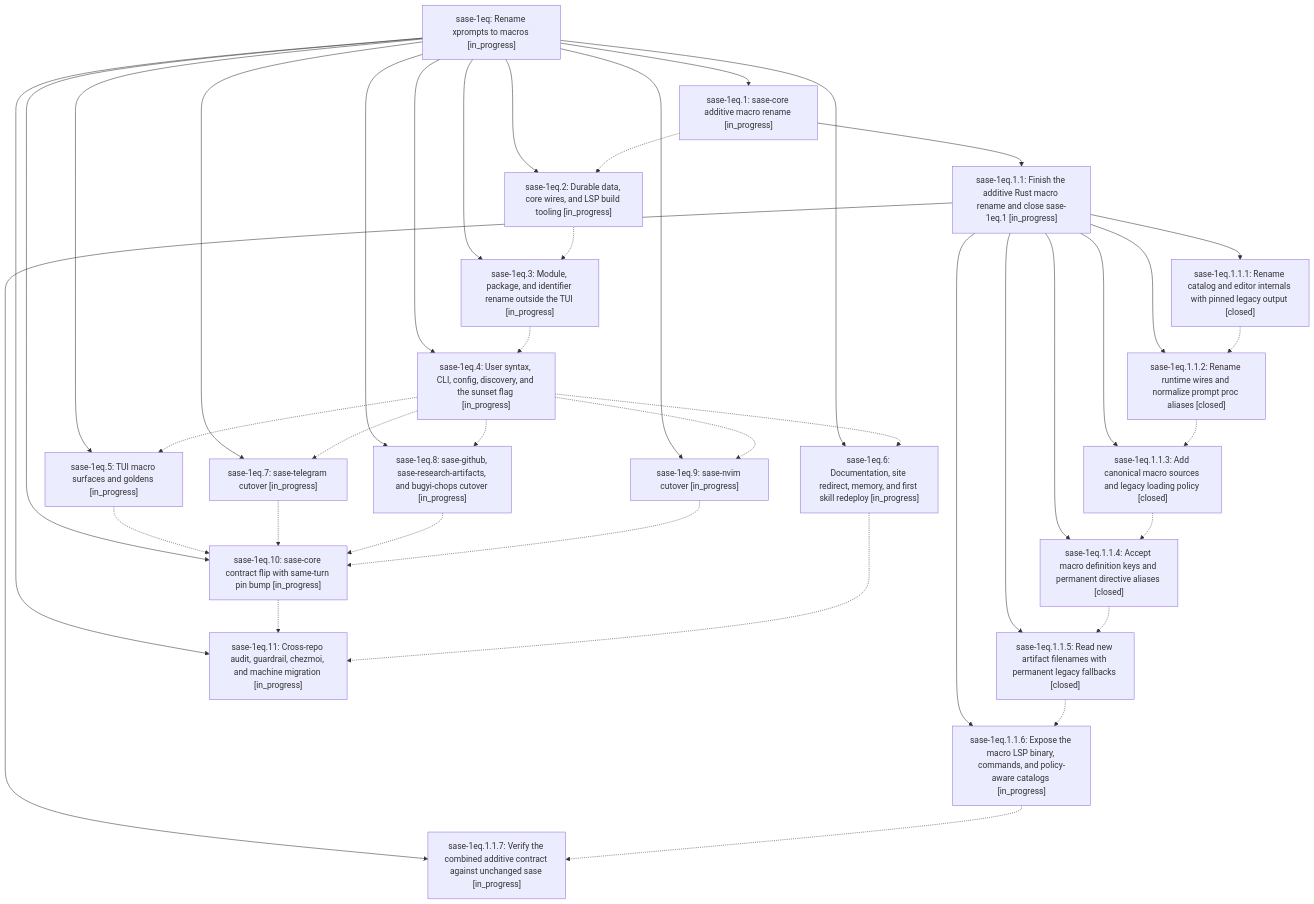
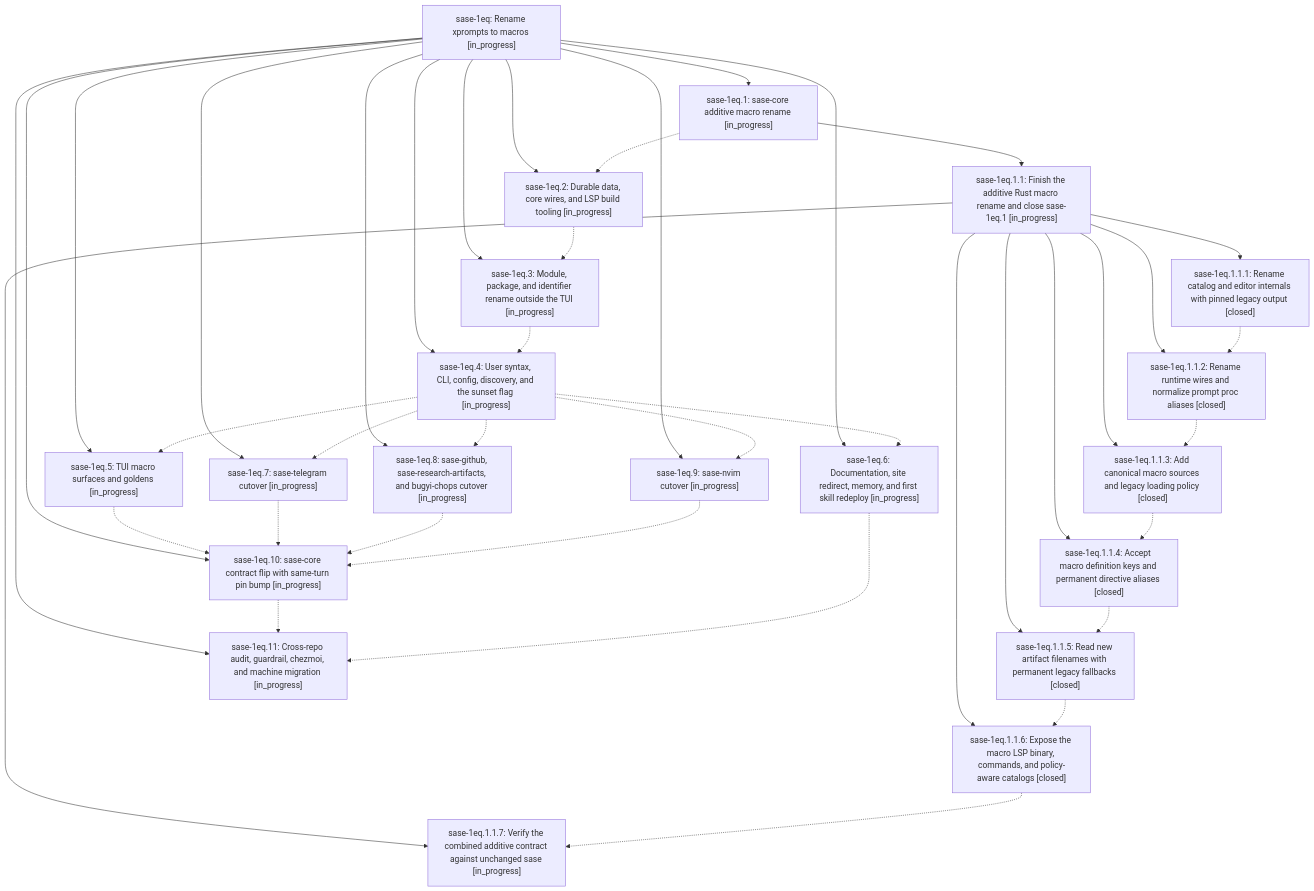
Before and after one commit to sase-org/sase--beads: the diagram in pages/sase-1eq/README.md, drawn with Mermaid. The commit also changed other lines of this file and 3 other files, not shown here.

````diff
--- a/pages/sase-1eq/README.md
+++ b/pages/sase-1eq/README.md
@@ -32,62 +32,62 @@
 ```mermaid
 flowchart TD
     n0["sase-1eq: Rename xprompts to macros [in_progress]"]
     n1["sase-1eq.1: sase-core additive macro rename [in_progress]"]
     n2["sase-1eq.1.1: Finish the additive Rust macro rename and close sase-1eq.1 [in_progress]"]
     n3["sase-1eq.1.1.1: Rename catalog and editor internals with pinned legacy output [closed]"]
     n4["sase-1eq.1.1.2: Rename runtime wires and normalize prompt proc aliases [closed]"]
     n5["sase-1eq.1.1.3: Add canonical macro sources and legacy loading policy [closed]"]
     n6["sase-1eq.1.1.4: Accept macro definition keys and permanent directive aliases [closed]"]
     n7["sase-1eq.1.1.5: Read new artifact filenames with permanent legacy fallbacks [closed]"]
-    n8["sase-1eq.1.1.6: Expose the macro LSP binary, commands, and policy-aware catalogs [in_progress]"]
+    n8["sase-1eq.1.1.6: Expose the macro LSP binary, commands, and policy-aware catalogs [closed]"]
     n9["sase-1eq.1.1.7: Verify the combined additive contract against unchanged sase [in_progress]"]
     n10["sase-1eq.10: sase-core contract flip with same-turn pin bump [in_progress]"]
     n11["sase-1eq.11: Cross-repo audit, guardrail, chezmoi, and machine migration [in_progress]"]
     n12["sase-1eq.2: Durable data, core wires, and LSP build tooling [in_progress]"]
     n13["sase-1eq.3: Module, package, and identifier rename outside the TUI [in_progress]"]
     n14["sase-1eq.4: User syntax, CLI, config, discovery, and the sunset flag [in_progress]"]
     n15["sase-1eq.5: TUI macro surfaces and goldens [in_progress]"]
     n16["sase-1eq.6: Documentation, site redirect, memory, and first skill redeploy [in_progress]"]
     n17["sase-1eq.7: sase-telegram cutover [in_progress]"]
     n18["sase-1eq.8: sase-github, sase-research-artifacts, and bugyi-chops cutover [in_progress]"]
     n19["sase-1eq.9: sase-nvim cutover [in_progress]"]
     n0 --> n1
     n1 --> n2
     n2 --> n3
     n2 --> n4
     n2 --> n5
     n2 --> n6
     n2 --> n7
     n2 --> n8
     n2 --> n9
     n0 --> n10
     n0 --> n11
     n0 --> n12
     n0 --> n13
     n0 --> n14
     n0 --> n15
     n0 --> n16
     n0 --> n17
     n0 --> n18
     n0 --> n19
     n1 -.-> n12
     n3 -.-> n4
     n4 -.-> n5
     n5 -.-> n6
     n6 -.-> n7
     n7 -.-> n8
     n8 -.-> n9
     n10 -.-> n11
     n12 -.-> n13
     n13 -.-> n14
     n14 -.-> n15
     n14 -.-> n16
     n14 -.-> n17
     n14 -.-> n18
     n14 -.-> n19
     n15 -.-> n10
     n16 -.-> n11
     n17 -.-> n10
     n18 -.-> n10
     n19 -.-> n10
 ```
````
